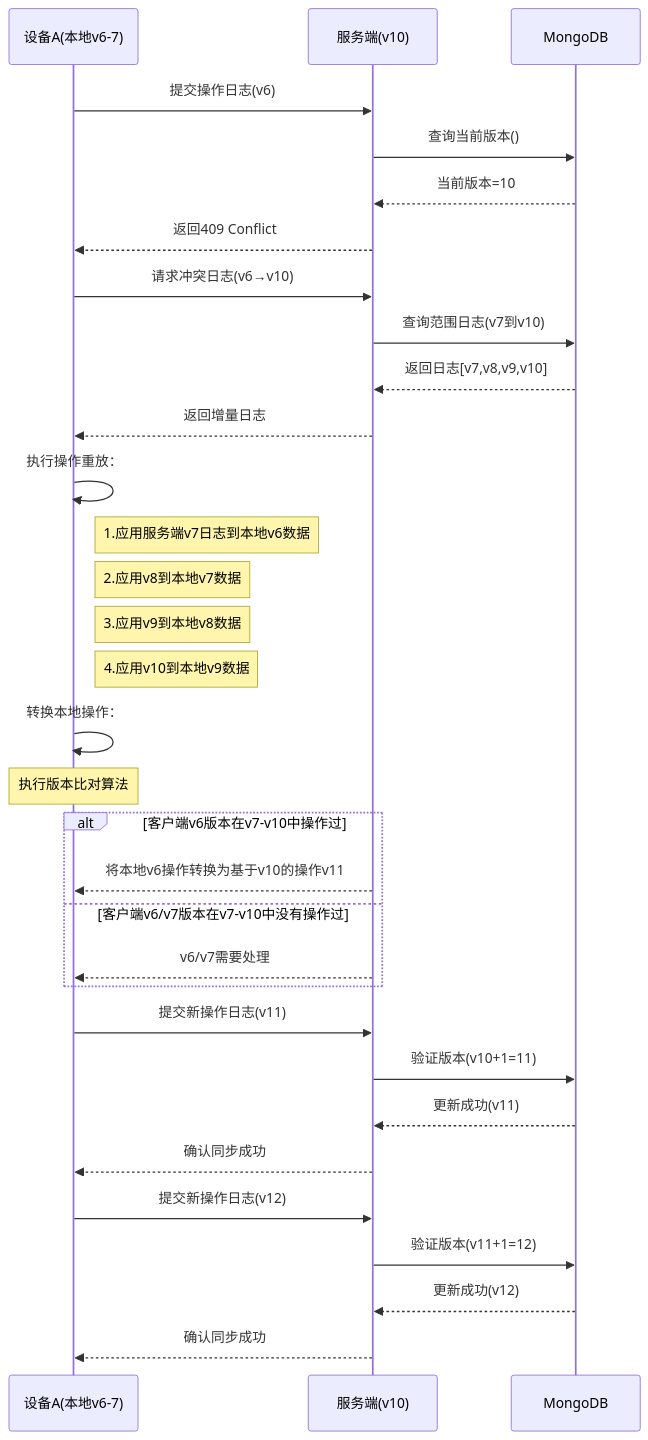
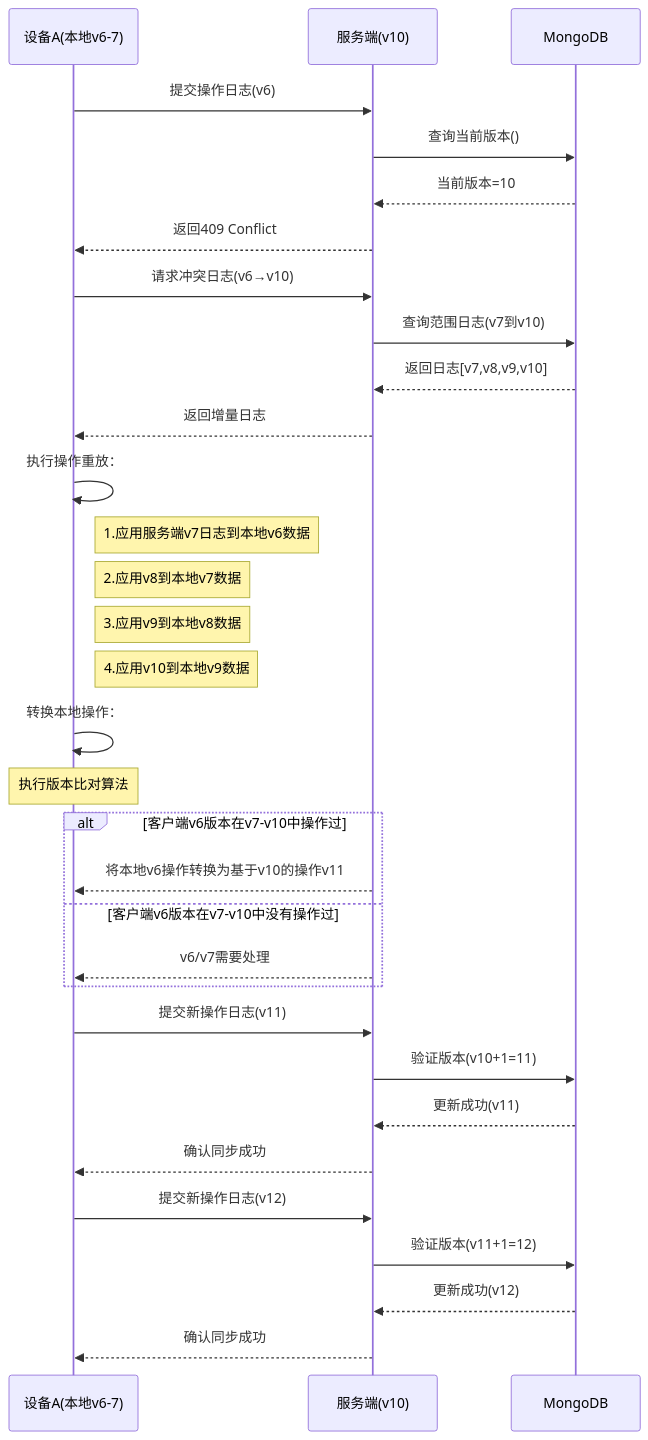
One commit to yingjianzh/iodraw-files changed the diagram in all/未命名-26.md. Above: the diagram before and after it, drawn with Mermaid.

Commit message:
2025-02-26 16:53:25 update

````diff
--- a/all/未命名-26.md
+++ b/all/未命名-26.md
@@ -1,46 +1,46 @@
 ```mermaid
 sequenceDiagram
     participant A as 设备A(本地v6-7)
     participant S as 服务端(v10)
     participant DB as MongoDB
 
     %% 初始同步尝试
     A->>S: 提交操作日志(v6)
     S->>DB: 查询当前版本()
     DB-->>S: 当前版本=10
     S-->>A: 返回409 Conflict
 
     %% 冲突解决阶段
     A->>S: 请求冲突日志(v6→v10)
     S->>DB: 查询范围日志(v7到v10)
     DB-->>S: 返回日志[v7,v8,v9,v10]
     S-->>A: 返回增量日志
 
 
     %% 本地数据重建
     A->>A: 执行操作重放：
     note right of A: 1.应用服务端v7日志到本地v6数据
     note right of A: 2.应用v8到本地v7数据
     note right of A: 3.应用v9到本地v8数据
     note right of A: 4.应用v10到本地v9数据
 
     %% 本地操作转换
     A->>A: 转换本地操作：
     Note over A: 执行版本比对算法
     alt 客户端v6版本在v7-v10中操作过
         S-->>A: 将本地v6操作转换为基于v10的操作v11
-    else 客户端v6/v7版本在v7-v10中没有操作过
+    else 客户端v6版本在v7-v10中没有操作过
         S-->>A: v6/v7需要处理
     end
 
     %% 重新提交
     A->>S: 提交新操作日志(v11)
     S->>DB: 验证版本(v10+1=11)
     DB-->>S: 更新成功(v11)
     S-->>A: 确认同步成功
 
     A->>S: 提交新操作日志(v12)
     S->>DB: 验证版本(v11+1=12)
     DB-->>S: 更新成功(v12)
     S-->>A: 确认同步成功
 ```
````
